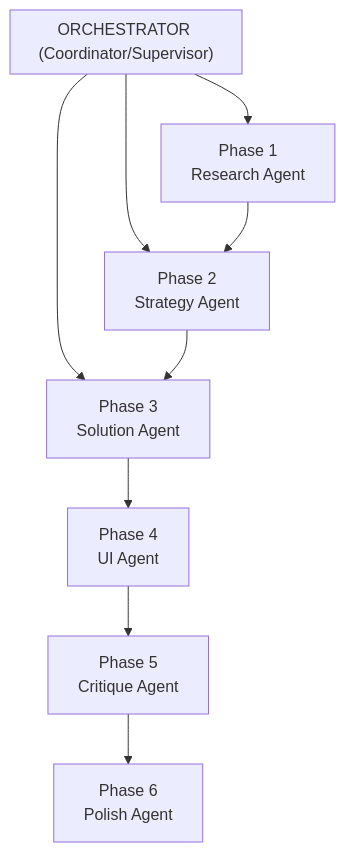
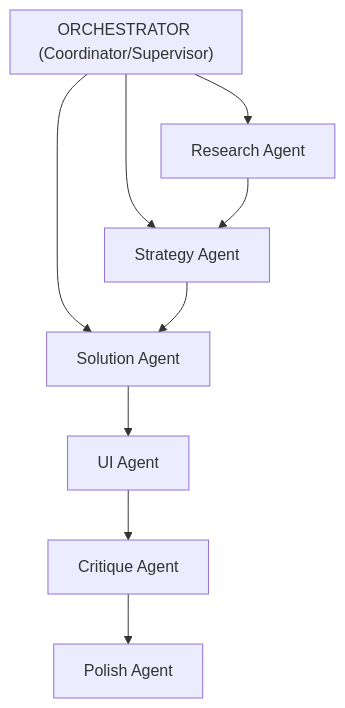
Before and after one commit to smileynet/ui-optimizer: the diagram in docs/workflow/orchestrator.md, drawn with Mermaid. The commit also changed 6 other files, not shown here.

First line of the commit message:
fix: simplify Mermaid labels - remove escaped HTML tags

````diff
--- a/docs/workflow/orchestrator.md
+++ b/docs/workflow/orchestrator.md
@@ -11,17 +11,17 @@
 ```mermaid
 flowchart TB
     subgraph Orchestrator["ORCHESTRATOR (Coordinator/Supervisor)"]
         direction LR
     end
     
     Orchestrator --> P1 & P2 & P3
     
-    P1["Phase 1<br/>Research Agent"]
-    P2["Phase 2<br/>Strategy Agent"]
-    P3["Phase 3<br/>Solution Agent"]
-    P4["Phase 4<br/>UI Agent"]
-    P5["Phase 5<br/>Critique Agent"]
-    P6["Phase 6<br/>Polish Agent"]
+    P1[Research Agent]
+    P2[Strategy Agent]
+    P3[Solution Agent]
+    P4[UI Agent]
+    P5[Critique Agent]
+    P6[Polish Agent]
     
     P1 --> P2 --> P3 --> P4 --> P5 --> P6
 ```
````
